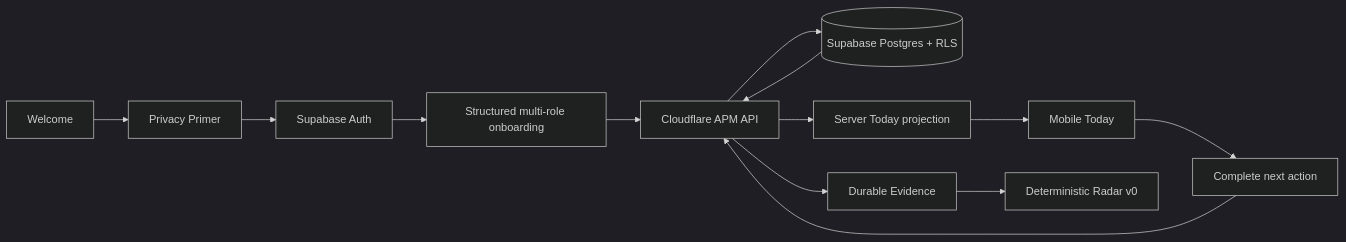
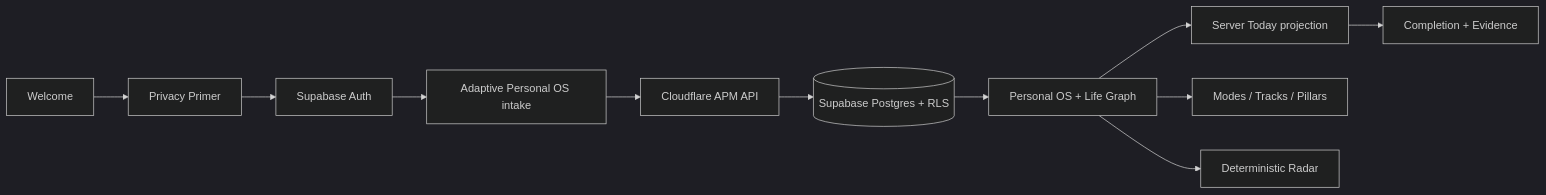
The first of 2 diagrams in docs/13-IMPLEMENTATION-STATUS.md (seq23/aplayer-mode), drawn with Mermaid (dark theme) before and after one commit. The commit also changed other lines of this file, not shown here.

````diff
--- a/docs/13-IMPLEMENTATION-STATUS.md
+++ b/docs/13-IMPLEMENTATION-STATUS.md
@@ -10,15 +10,13 @@
 ```mermaid
 flowchart LR
   W[Welcome] --> P[Privacy Primer]
   P --> A[Supabase Auth]
-  A --> O[Structured multi-role onboarding]
-  O --> API[Cloudflare APM API]
+  A --> I[Adaptive Personal OS intake]
+  I --> API[Cloudflare APM API]
   API --> DB[(Supabase Postgres + RLS)]
-  DB --> API
-  API --> T[Server Today projection]
-  T --> M[Mobile Today]
-  M --> C[Complete next action]
-  C --> API
-  API --> E[Durable Evidence]
-  E --> R[Deterministic Radar v0]
+  DB --> OS[Personal OS + Life Graph]
+  OS --> T[Server Today projection]
+  OS --> M[Modes / Tracks / Pillars]
+  OS --> R[Deterministic Radar]
+  T --> E[Completion + Evidence]
 ```
````
